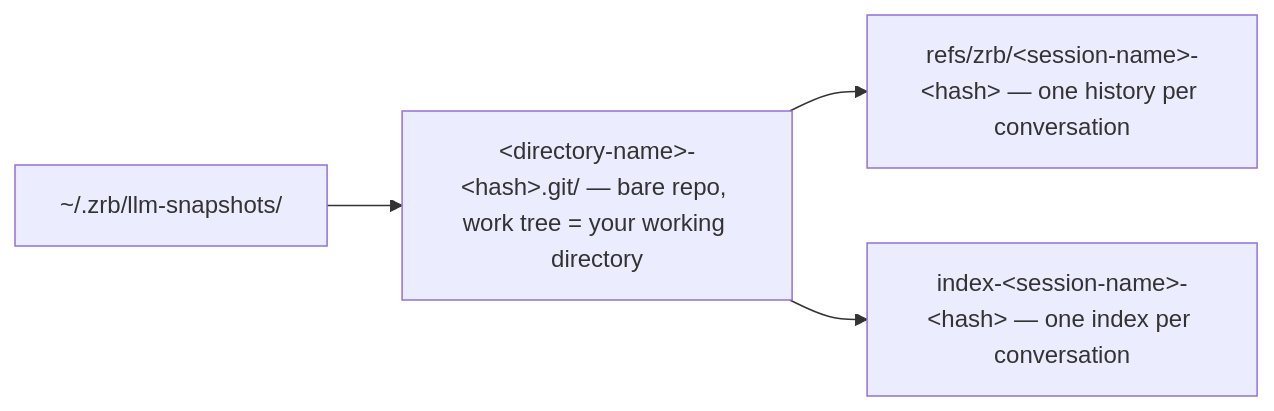
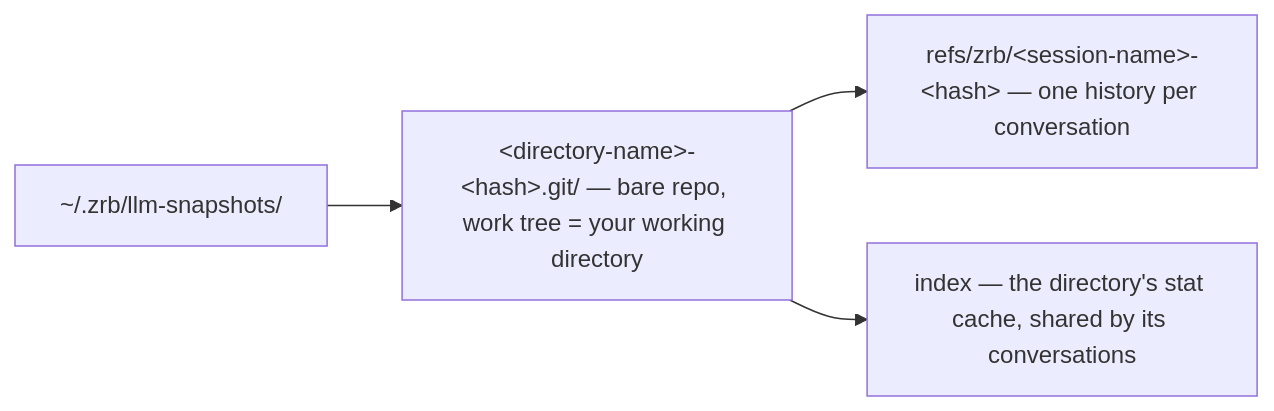
Before and after one commit to state-alchemists/zrb: the second of 3 diagrams in docs/configuration/llm-config.md, drawn with Mermaid. The commit also changed 6 other files, not shown here.

First line of the commit message:
One snapshot store per directory; an unusable store turns rewind off with its reason

````diff
--- a/docs/configuration/llm-config.md
+++ b/docs/configuration/llm-config.md
@@ -508,6 +508,6 @@
 ```mermaid
 flowchart LR
     Root["~/.zrb/llm-snapshots/"] --> Store["&lt;directory-name&gt;-&lt;hash&gt;.git/ — bare repo, work tree = your working directory"]
     Store --> Refs["refs/zrb/&lt;session-name&gt;-&lt;hash&gt; — one history per conversation"]
-    Store --> Index["index-&lt;session-name&gt;-&lt;hash&gt; — one index per conversation"]
+    Store --> Index["index — the directory's stat cache, shared by its conversations"]
 ```
````
